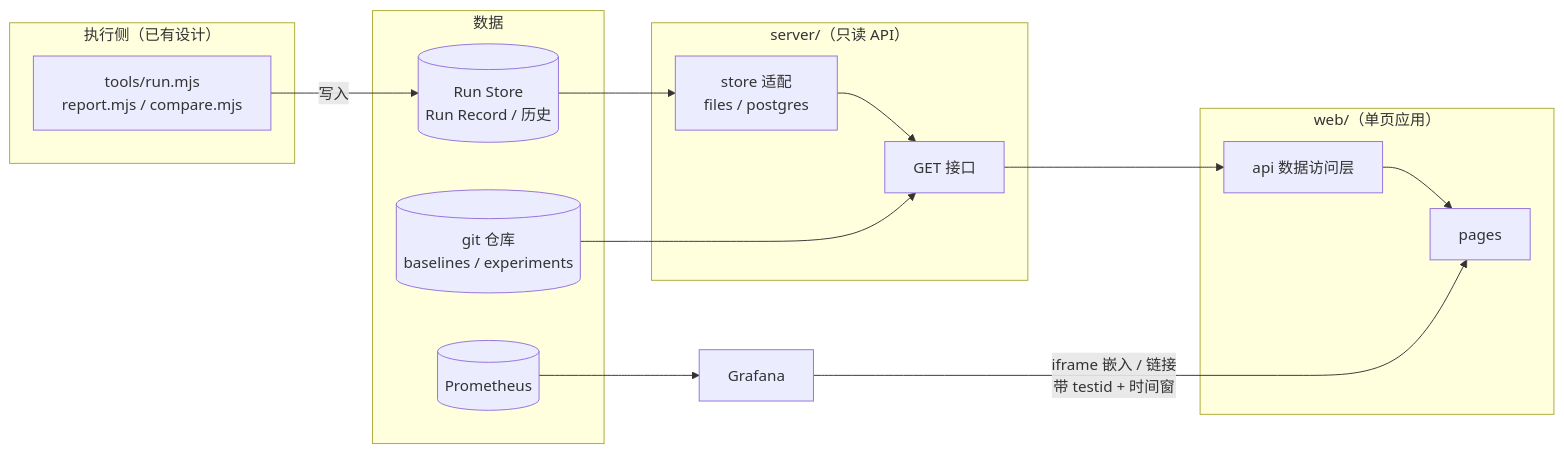
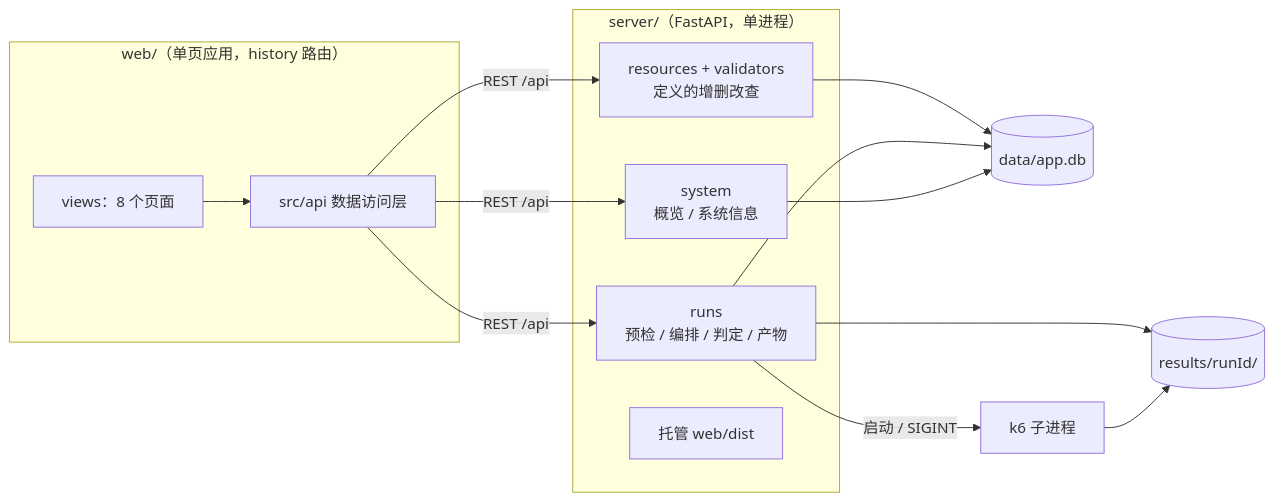
One commit to Leibiner/AI-Performance-Engineering changed the seventh of 8 diagrams in docs/ARCHITECTURE.md. Above: the diagram before and after it, drawn with Mermaid. The commit also changed other lines of this file and 11 other files, not shown here.

First line of the commit message:
docs: sync architecture docs with the MVP implementation

````diff
--- a/docs/ARCHITECTURE.md
+++ b/docs/ARCHITECTURE.md
@@ -969,26 +944,22 @@
 ```mermaid
 flowchart LR
-    subgraph EXEC["执行侧（已有设计）"]
-        RUN[tools/run.mjs<br/>report.mjs / compare.mjs]
+    subgraph WEB["web/（单页应用，history 路由）"]
+        PAGES["views：8 个页面"] --> APIC["src/api 数据访问层"]
     end
-    subgraph DATA["数据"]
-        RS[(Run Store<br/>Run Record / 历史)]
-        GIT[(git 仓库<br/>baselines / experiments)]
-        PROM[(Prometheus)]
+    subgraph SRV["server/（FastAPI，单进程）"]
+        RESR["resources + validators<br/>定义的增删改查"]
+        RUNS["runs<br/>预检 / 编排 / 判定 / 产物"]
+        SYS["system<br/>概览 / 系统信息"]
+        STATIC["托管 web/dist"]
     end
-    subgraph SRV["server/（只读 API）"]
-        API[GET 接口]
-        ST[store 适配<br/>files / postgres]
-    end
-    subgraph WEB["web/（单页应用）"]
-        PAGES[pages]
-        APIC[api 数据访问层]
-    end
-    GRAF[Grafana]
-    RUN -->|写入| RS
-    RS --> ST --> API
-    GIT --> API
-    API --> APIC --> PAGES
-    PROM --> GRAF
-    GRAF -->|iframe 嵌入 / 链接<br/>带 testid + 时间窗| PAGES
+    DB[("data/app.db")]
+    FS[("results/runId/")]
+    K6["k6 子进程"]
+    APIC -->|"REST /api"| RESR & RUNS & SYS
+    RESR --> DB
+    RUNS --> DB
+    SYS --> DB
+    RUNS --> FS
+    RUNS -->|启动 / SIGINT| K6
+    K6 --> FS
 ```
````
